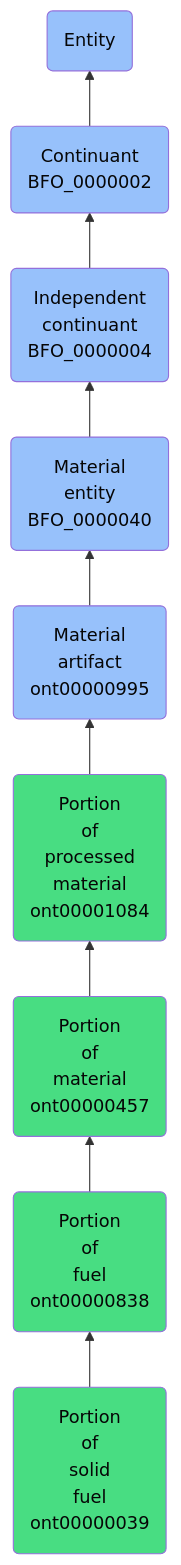
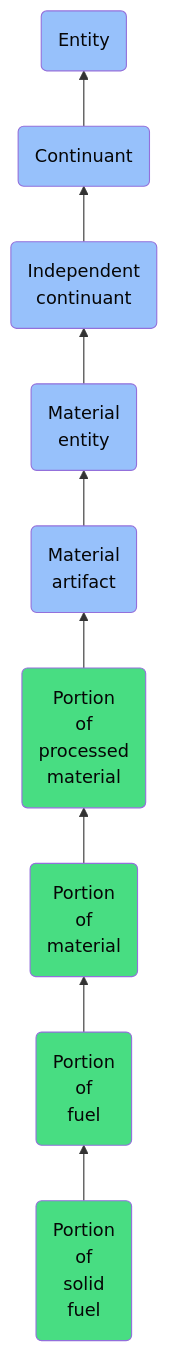
One commit to jupyter-naas/abi changed the diagram in docs/ontology/reference/model/Entity/Continuant/Independent continuant/Material entity/Material artifact/Portion of processed material/Portion of material/Portion of fuel/Portion of solid fuel/Portion of solid fuel.md. Above: the diagram before and after it, drawn with Mermaid. The commit also changed other lines of this file and 1430 other files, not shown here.

````diff
--- a/docs/ontology/reference/model/Entity/Continuant/Independent continuant/Material entity/Material artifact/Portion of processed material/Portion of material/Portion of fuel/Portion of solid fuel/Portion of solid fuel.md
+++ b/docs/ontology/reference/model/Entity/Continuant/Independent continuant/Material entity/Material artifact/Portion of processed material/Portion of material/Portion of fuel/Portion of solid fuel/Portion of solid fuel.md
@@ -24,16 +24,16 @@
 ```mermaid
 graph BT
-    ont00000039(Portion<br>of<br>solid<br>fuel<br>ont00000039):::ABI-->ont00000838
-    ont00000838(Portion<br>of<br>fuel<br>ont00000838):::ABI-->ont00000457
-    ont00000457(Portion<br>of<br>material<br>ont00000457):::ABI-->ont00001084
-    ont00001084(Portion<br>of<br>processed<br>material<br>ont00001084):::ABI-->ont00000995
-    ont00000995(Material<br>artifact<br>ont00000995):::BFO-->BFO_0000040
-    BFO_0000040(Material<br>entity<br>BFO_0000040):::BFO-->BFO_0000004
-    BFO_0000004(Independent<br>continuant<br>BFO_0000004):::BFO-->BFO_0000002
-    BFO_0000002(Continuant<br>BFO_0000002):::BFO-->BFO_0000001
+    ont00000039(Portion<br>of<br>solid<br>fuel):::ABI-->ont00000838
+    ont00000838(Portion<br>of<br>fuel):::ABI-->ont00000457
+    ont00000457(Portion<br>of<br>material):::ABI-->ont00001084
+    ont00001084(Portion<br>of<br>processed<br>material):::ABI-->ont00000995
+    ont00000995(Material<br>artifact):::BFO-->BFO_0000040
+    BFO_0000040(Material<br>entity):::BFO-->BFO_0000004
+    BFO_0000004(Independent<br>continuant):::BFO-->BFO_0000002
+    BFO_0000002(Continuant):::BFO-->BFO_0000001
     BFO_0000001(Entity):::BFO
     
     classDef BFO fill:#97c1fb,color:#060606
     classDef CCO fill:#e4c51e,color:#060606
     classDef ABI fill:#48DD82,color:#060606
 ```
````
